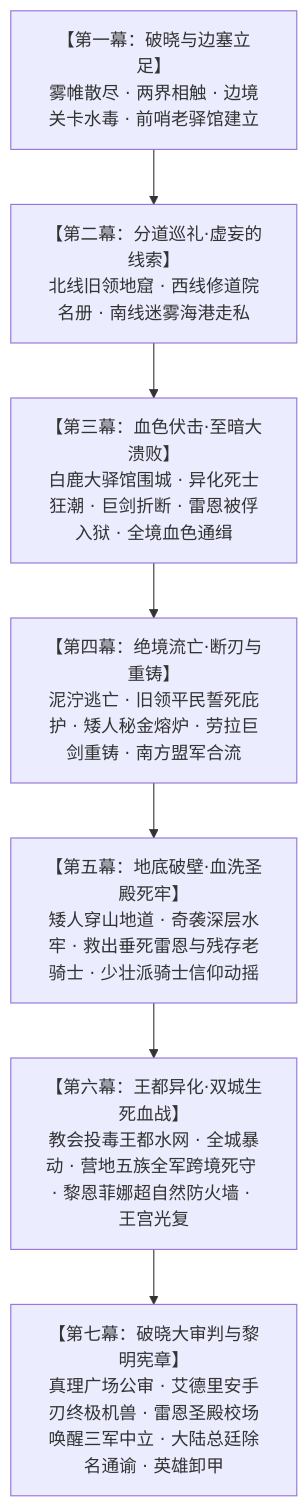
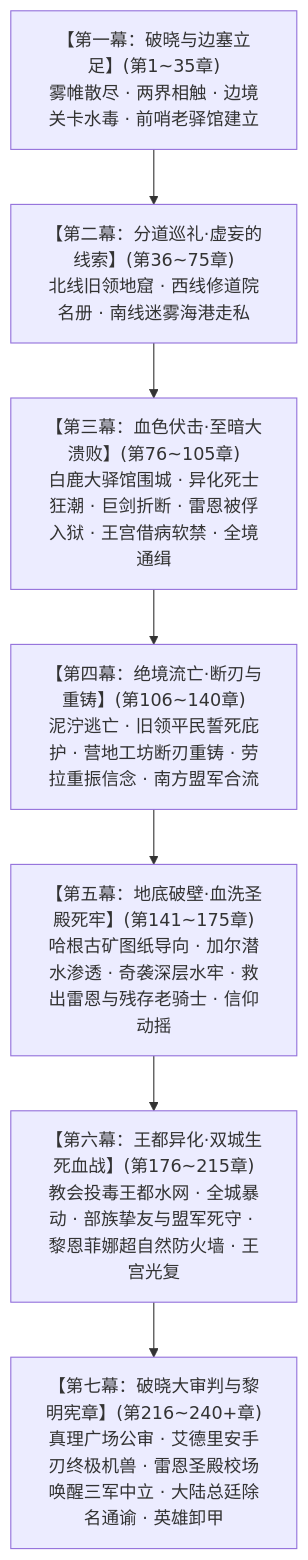
One commit to soranokiseki1437/eldoria-worldbook changed the first of 2 diagrams in 方案/第二部/主线与世界扩充方案/01_宏篇主线演进与阶段规划方案.md. Above: the diagram before and after it, drawn with Mermaid. The commit also changed other lines of this file and 2 other files, not shown here.

````diff
--- a/方案/第二部/主线与世界扩充方案/01_宏篇主线演进与阶段规划方案.md
+++ b/方案/第二部/主线与世界扩充方案/01_宏篇主线演进与阶段规划方案.md
@@ -11,12 +12,12 @@
 ```mermaid
 graph TD
-    M1["【第一幕：破晓与边塞立足】<br/>雾帷散尽 · 两界相触 · 边境关卡水毒 · 前哨老驿馆建立"]
-    M2["【第二幕：分道巡礼·虚妄的线索】<br/>北线旧领地窟 · 西线修道院名册 · 南线迷雾海港走私"]
-    M3["【第三幕：血色伏击·至暗大溃败】<br/>白鹿大驿馆围城 · 异化死士狂潮 · 巨剑折断 · 雷恩被俘入狱 · 全境血色通缉"]
-    M4["【第四幕：绝境流亡·断刃与重铸】<br/>泥泞逃亡 · 旧领平民誓死庇护 · 矮人秘金熔炉 · 劳拉巨剑重铸 · 南方盟军合流"]
-    M5["【第五幕：地底破壁·血洗圣殿死牢】<br/>矮人穿山地道 · 奇袭深层水牢 · 救出垂死雷恩与残存老骑士 · 少壮派骑士信仰动摇"]
-    M6["【第六幕：王都异化·双城生死血战】<br/>教会投毒王都水网 · 全城暴动 · 营地五族全军跨境死守 · 黎恩菲娜超自然防火墙 · 王宫光复"]
-    M7["【第七幕：破晓大审判与黎明宪章】<br/>真理广场公审 · 艾德里安手刃终极机兽 · 雷恩圣殿校场唤醒三军中立 · 大陆总廷除名通谕 · 英雄卸甲"]
+    M1["【第一幕：破晓与边塞立足】(第1~35章)<br/>雾帷散尽 · 两界相触 · 边境关卡水毒 · 前哨老驿馆建立"]
+    M2["【第二幕：分道巡礼·虚妄的线索】(第36~75章)<br/>北线旧领地窟 · 西线修道院名册 · 南线迷雾海港走私"]
+    M3["【第三幕：血色伏击·至暗大溃败】(第76~105章)<br/>白鹿大驿馆围城 · 异化死士狂潮 · 巨剑折断 · 雷恩被俘入狱 · 王宫借病软禁 · 全境通缉"]
+    M4["【第四幕：绝境流亡·断刃与重铸】(第106~140章)<br/>泥泞逃亡 · 旧领平民誓死庇护 · 营地工坊断刃重铸 · 劳拉重振信念 · 南方盟军合流"]
+    M5["【第五幕：地底破壁·血洗圣殿死牢】(第141~175章)<br/>哈根古矿图纸导向 · 加尔潜水渗透 · 奇袭深层水牢 · 救出雷恩与残存老骑士 · 信仰动摇"]
+    M6["【第六幕：王都异化·双城生死血战】(第176~215章)<br/>教会投毒王都水网 · 全城暴动 · 部族挚友与盟军死守 · 黎恩菲娜超自然防火墙 · 王宫光复"]
+    M7["【第七幕：破晓大审判与黎明宪章】(第216~240+章)<br/>真理广场公审 · 艾德里安手刃终极机兽 · 雷恩圣殿校场唤醒三军中立 · 大陆总廷除名通谕 · 英雄卸甲"]
 
     M1 --> M2 --> M3 --> M4 --> M5 --> M6 --> M7
 ```
````
